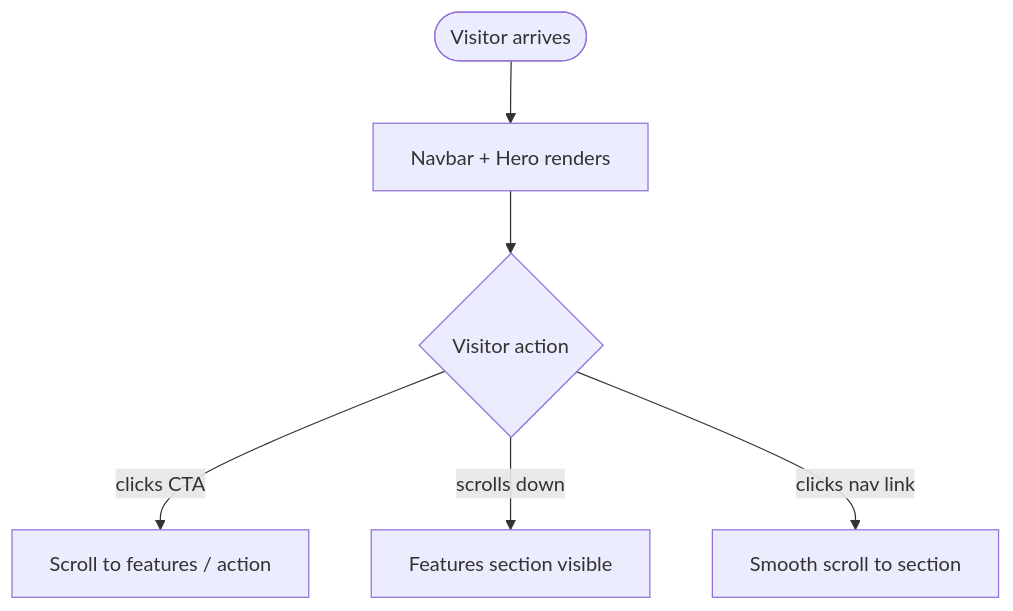
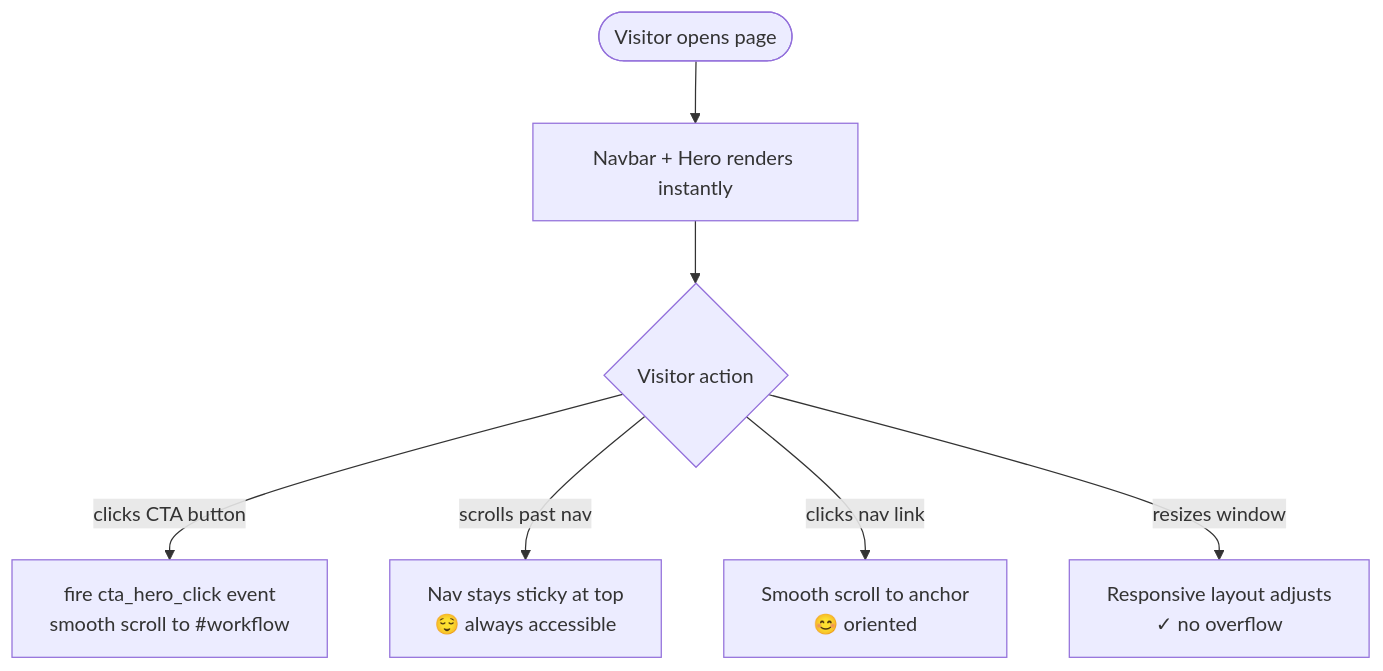
The second of 2 diagrams in docs/sprints/sprint-01/task-002/task-002-frontend.md (Maximumsoft-Co-LTD/claude-foundation-template), drawn with Mermaid before and after one commit. The commit also changed other lines of this file and 4 other files, not shown here.

First line of the commit message:
task-002 feat: add hero section and sticky navigation

````diff
--- a/docs/sprints/sprint-01/task-002/task-002-frontend.md
+++ b/docs/sprints/sprint-01/task-002/task-002-frontend.md
@@ -39,8 +73,9 @@
 ```mermaid
 flowchart TD
-    A([Visitor arrives]) --> B[Navbar + Hero renders]
+    A([Visitor opens page]) --> B[Navbar + Hero renders instantly]
     B --> C{Visitor action}
-    C -->|clicks CTA| D[Scroll to features / action]
-    C -->|scrolls down| E[Features section visible]
-    C -->|clicks nav link| F[Smooth scroll to section]
+    C -->|clicks CTA button| D[fire cta_hero_click event\nsmooth scroll to #workflow]
+    C -->|scrolls past nav| E[Nav stays sticky at top\n😌 always accessible]
+    C -->|clicks nav link| F[Smooth scroll to anchor\n😊 oriented]
+    C -->|resizes window| G[Responsive layout adjusts\n✓ no overflow]
 ```
````
